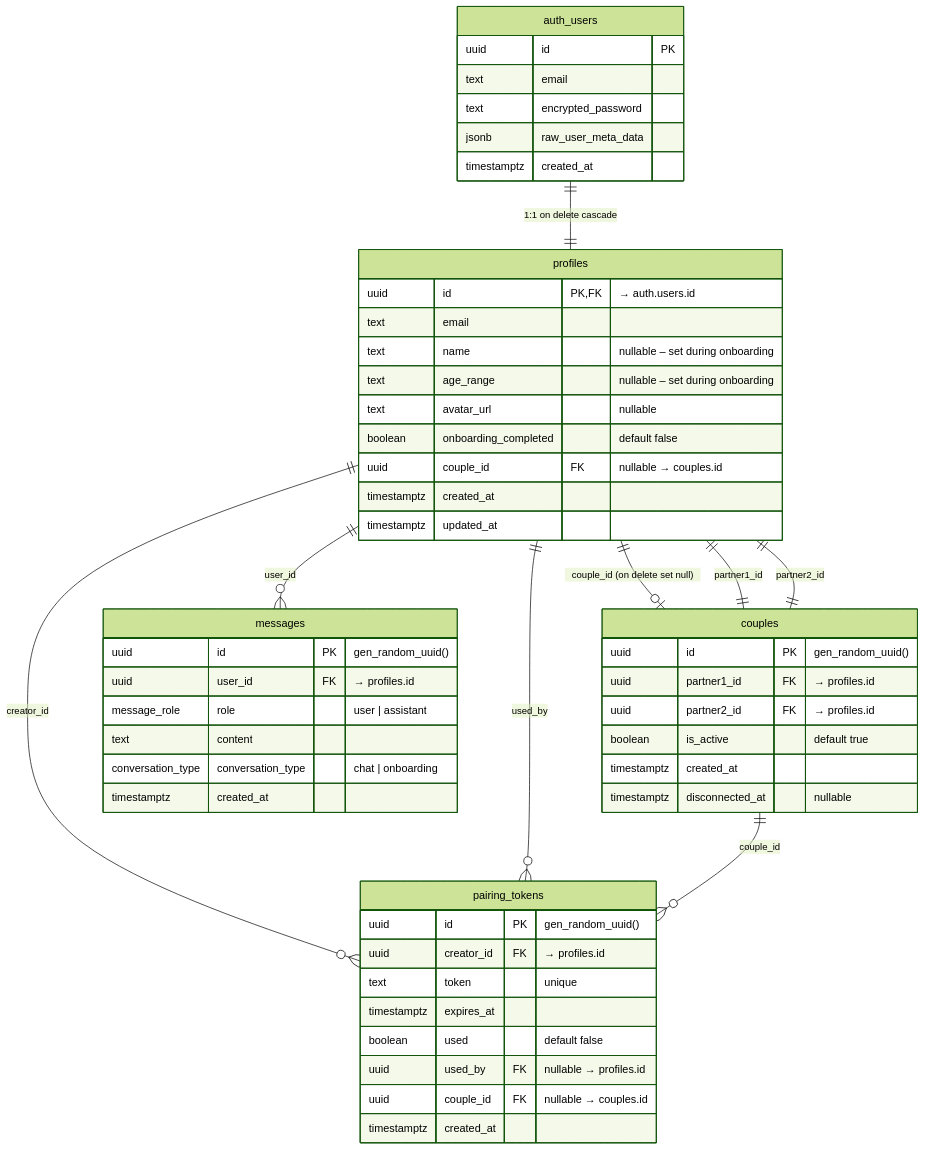
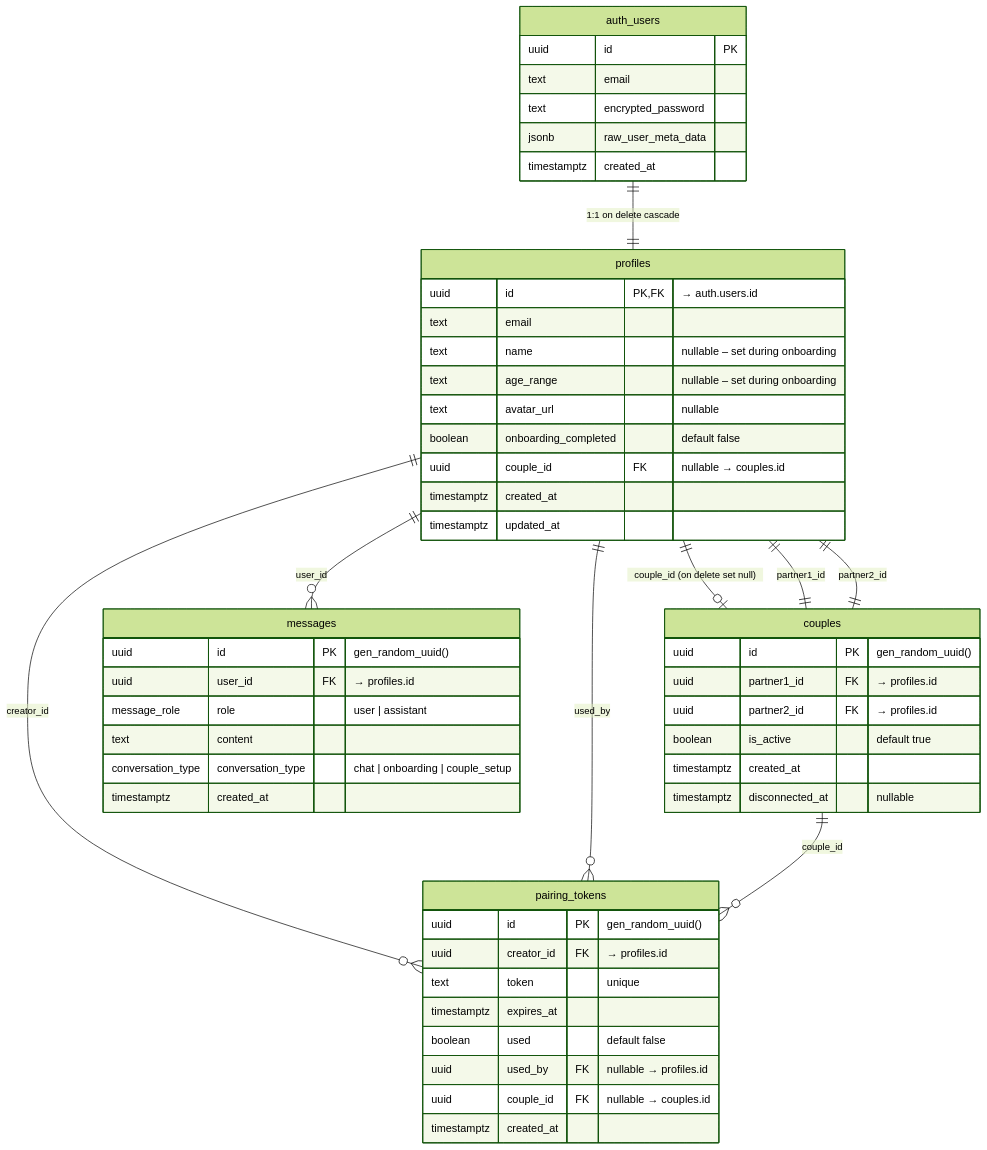
The diagram in supabase/schemas/README.md (CoupleGoAI/couplegoai), drawn with Mermaid (forest theme) before and after one commit. The commit also changed other lines of this file and 3 other files, not shown here.

Commit message:
Fix couple setup enum mismatch and start-path error handling

````diff
--- a/supabase/schemas/README.md
+++ b/supabase/schemas/README.md
@@ -10,63 +10,63 @@
 ```mermaid
 erDiagram
     %% ── Supabase Auth (managed) ─────────────────────────────
     auth_users {
         uuid id PK
         text email
         text encrypted_password
         jsonb raw_user_meta_data
         timestamptz created_at
     }
 
     %% ── Public Schema ───────────────────────────────────────
     profiles {
         uuid id PK, FK "→ auth.users.id"
         text email
         text name "nullable – set during onboarding"
         text age_range "nullable – set during onboarding"
         text avatar_url "nullable"
         boolean onboarding_completed "default false"
         uuid couple_id FK "nullable → couples.id"
         timestamptz created_at
         timestamptz updated_at
     }
 
     couples {
         uuid id PK "gen_random_uuid()"
         uuid partner1_id FK "→ profiles.id"
         uuid partner2_id FK "→ profiles.id"
         boolean is_active "default true"
         timestamptz created_at
         timestamptz disconnected_at "nullable"
     }
 
     pairing_tokens {
         uuid id PK "gen_random_uuid()"
         uuid creator_id FK "→ profiles.id"
         text token "unique"
         timestamptz expires_at
         boolean used "default false"
         uuid used_by FK "nullable → profiles.id"
         uuid couple_id FK "nullable → couples.id"
         timestamptz created_at
     }
 
     messages {
         uuid id PK "gen_random_uuid()"
         uuid user_id FK "→ profiles.id"
         message_role role "user | assistant"
         text content
-        conversation_type conversation_type "chat | onboarding"
+        conversation_type conversation_type "chat | onboarding | couple_setup"
         timestamptz created_at
     }
 
     %% ── Relationships ───────────────────────────────────────
     auth_users ||--|| profiles : "1:1 on delete cascade"
     profiles ||--o| couples : "couple_id (on delete set null)"
     couples ||--|| profiles : "partner1_id"
     couples ||--|| profiles : "partner2_id"
     profiles ||--o{ pairing_tokens : "creator_id"
     profiles ||--o{ pairing_tokens : "used_by"
     couples ||--o{ pairing_tokens : "couple_id"
     profiles ||--o{ messages : "user_id"
 ```
````
